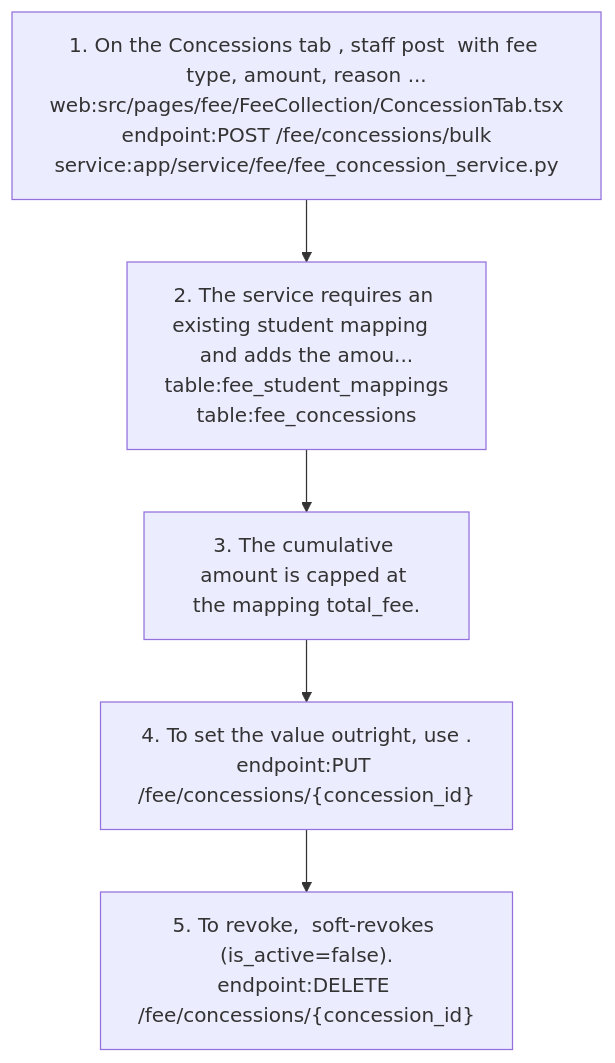
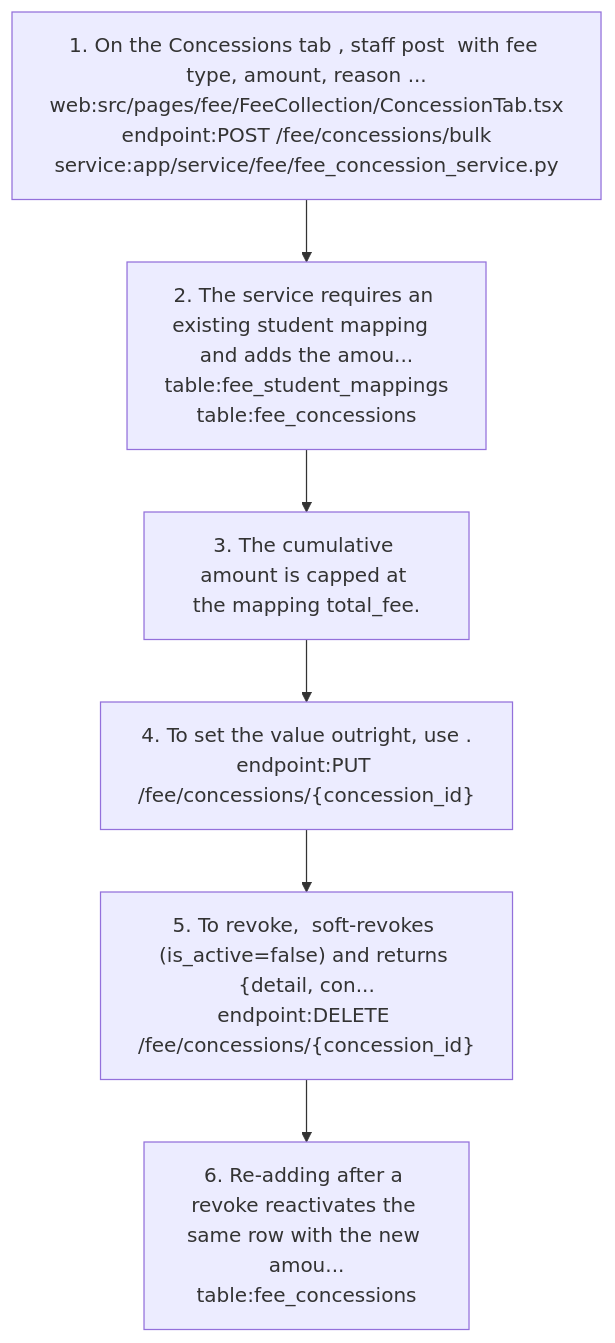
One commit to nerellasraj21/cos360_full_app changed the ninth of 12 diagrams in docs/graph/views/fee.md. Above: the diagram before and after it, drawn with Mermaid. The commit also changed other lines of this file and 11 other files, not shown here.

First line of the commit message:
Fix payment SMS, concession/old-fee delete 500s and concession re-add

````diff
--- a/docs/graph/views/fee.md
+++ b/docs/graph/views/fee.md
@@ -421,12 +421,14 @@
 ```mermaid
 flowchart TD
   s1["1. On the Concessions tab , staff post  with fee type, amount, reason ...<br/>web:src/pages/fee/FeeCollection/ConcessionTab.tsx<br/>endpoint:POST /fee/concessions/bulk<br/>service:app/service/fee/fee_concession_service.py"]
   s2["2. The service requires an existing student mapping  and adds the amou...<br/>table:fee_student_mappings<br/>table:fee_concessions"]
   s1 --> s2
   s3["3. The cumulative amount is capped at the mapping total_fee."]
   s2 --> s3
   s4["4. To set the value outright, use .<br/>endpoint:PUT /fee/concessions/{concession_id}"]
   s3 --> s4
-  s5["5. To revoke,  soft-revokes (is_active=false).<br/>endpoint:DELETE /fee/concessions/{concession_id}"]
+  s5["5. To revoke,  soft-revokes (is_active=false) and returns {detail, con...<br/>endpoint:DELETE /fee/concessions/{concession_id}"]
   s4 --> s5
+  s6["6. Re-adding after a revoke reactivates the same row with the new amou...<br/>table:fee_concessions"]
+  s5 --> s6
 ```
````
